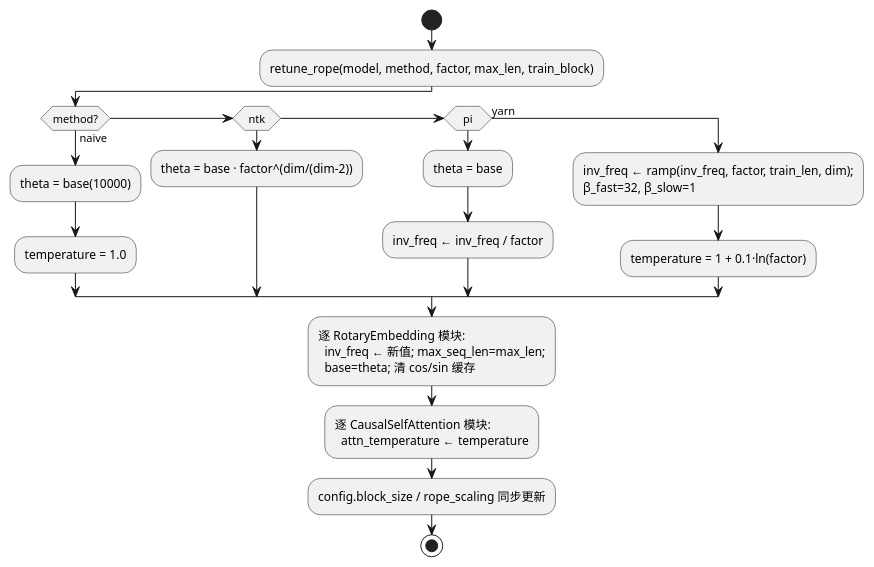
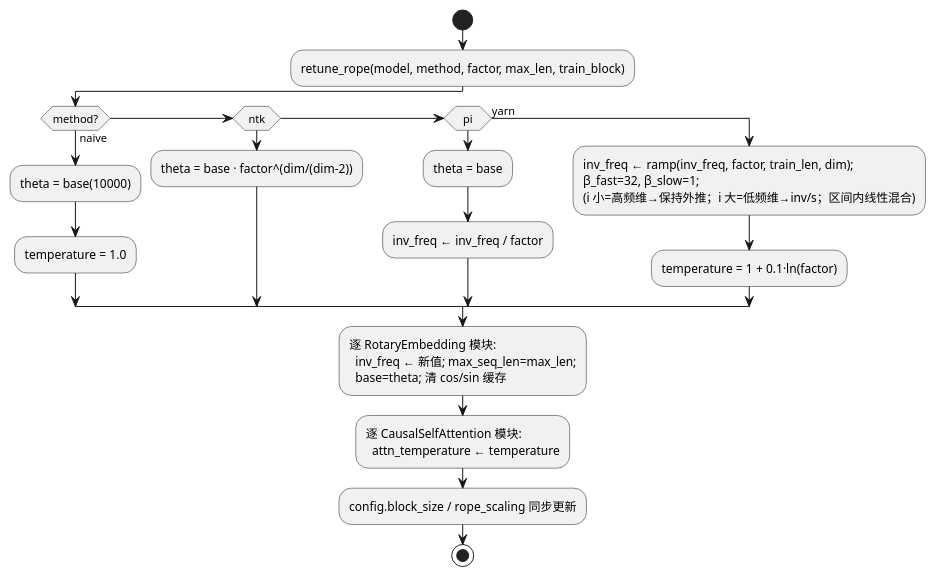
Before and after one commit to ShaneLiu04/nanoGPT-Modern: the third of 4 diagrams in specs/changes/AR-v0.8.5-moe-long-context/design.md, drawn with PlantUML. The commit also changed 1 other file, not shown here.

Commit message:
blob seed batch

````diff
--- a/specs/changes/AR-v0.8.5-moe-long-context/design.md
+++ b/specs/changes/AR-v0.8.5-moe-long-context/design.md
@@ -115,22 +115,22 @@
 ```plantuml
 @startuml
 start
 :retune_rope(model, method, factor, max_len, train_block);
 if (method?) then (naive)
   :theta = base(10000);
   :temperature = 1.0;
 elseif (ntk) then
   :theta = base · factor^(dim/(dim-2));
 elseif (pi) then
   :theta = base;
   :inv_freq ← inv_freq / factor;
 else (yarn)
-  :inv_freq ← ramp(inv_freq, factor, train_len, dim);\nβ_fast=32, β_slow=1;
+  :inv_freq ← ramp(inv_freq, factor, train_len, dim);\nβ_fast=32, β_slow=1;\n(i 小=高频维→保持外推；i 大=低频维→inv/s；区间内线性混合);
   :temperature = 1 + 0.1·ln(factor);
 endif
 :逐 RotaryEmbedding 模块:\n  inv_freq ← 新值; max_seq_len=max_len;\n  base=theta; 清 cos/sin 缓存;
 :逐 CausalSelfAttention 模块:\n  attn_temperature ← temperature;
 :config.block_size / rope_scaling 同步更新;
 stop
 @enduml
 ```
````
